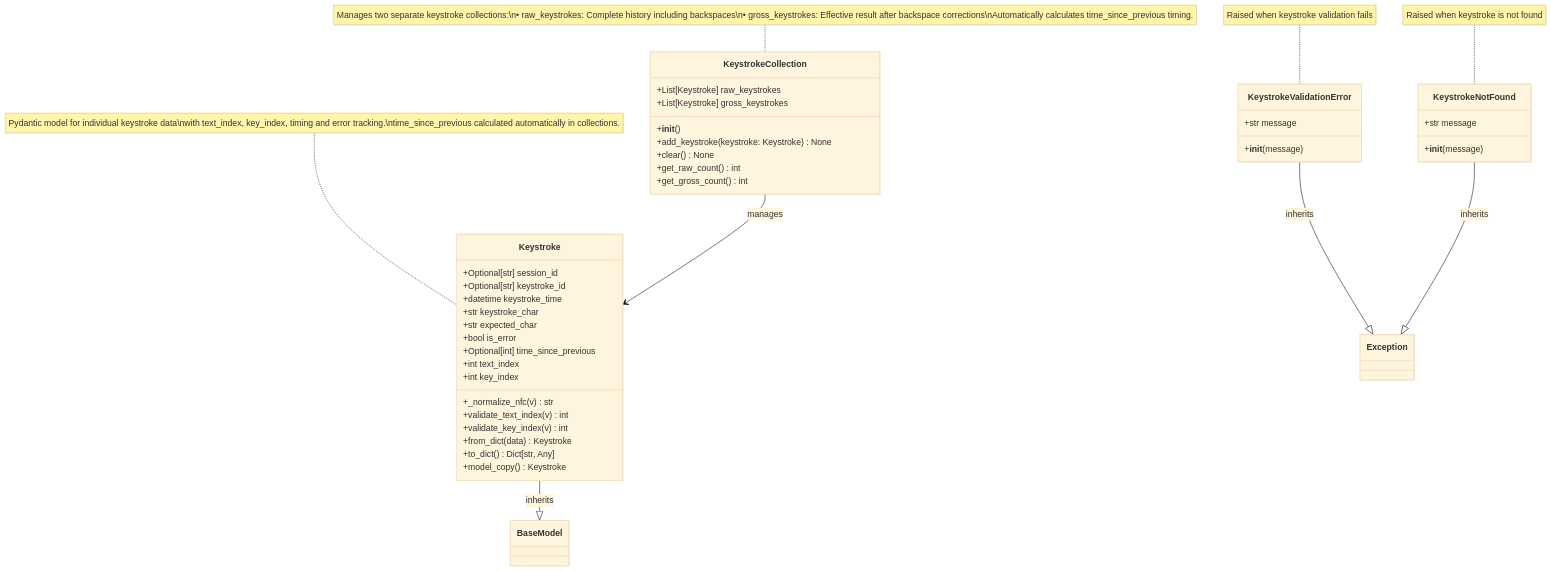
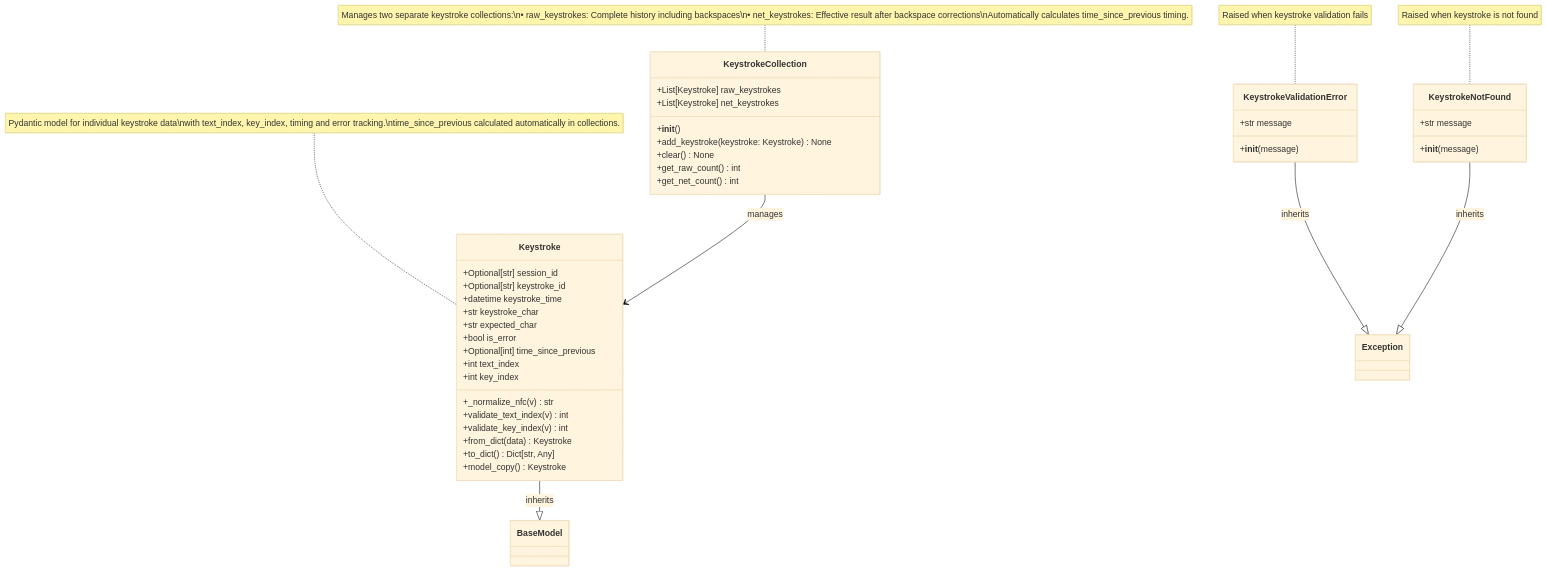
The diagram in ClassDiagrams/keystroke.md (SeanAdams10/AITypingTrainer), drawn with Mermaid (base theme) before and after one commit. The commit also changed other lines of this file and 11 other files, not shown here.

Commit message:
fixes to keystrokes now complete - still need to clean up the tests though

````diff
--- a/ClassDiagrams/keystroke.md
+++ b/ClassDiagrams/keystroke.md
@@ -3,50 +3,50 @@
 ```mermaid
 classDiagram
     class Keystroke {
         +Optional[str] session_id
         +Optional[str] keystroke_id
         +datetime keystroke_time
         +str keystroke_char
         +str expected_char
         +bool is_error
         +Optional[int] time_since_previous
         +int text_index
         +int key_index
         +_normalize_nfc(v) str
         +validate_text_index(v) int
         +validate_key_index(v) int
         +from_dict(data) Keystroke
         +to_dict() Dict[str, Any]
         +model_copy() Keystroke
     }
 
     class KeystrokeCollection {
         +List[Keystroke] raw_keystrokes
-        +List[Keystroke] gross_keystrokes
+        +List[Keystroke] net_keystrokes
         +__init__()
         +add_keystroke(keystroke: Keystroke) None
         +clear() None
         +get_raw_count() int
-        +get_gross_count() int
+        +get_net_count() int
     }
 
     class KeystrokeValidationError {
         +str message
         +__init__(message)
     }
 
     class KeystrokeNotFound {
         +str message
         +__init__(message)
     }
 
     Keystroke --|> BaseModel : inherits
     KeystrokeCollection --> Keystroke : manages
     KeystrokeValidationError --|> Exception : inherits
     KeystrokeNotFound --|> Exception : inherits
 
     note for Keystroke "Pydantic model for individual keystroke data\nwith text_index, key_index, timing and error tracking.\ntime_since_previous calculated automatically in collections."
-    note for KeystrokeCollection "Manages two separate keystroke collections:\n• raw_keystrokes: Complete history including backspaces\n• gross_keystrokes: Effective result after backspace corrections\nAutomatically calculates time_since_previous timing."
+    note for KeystrokeCollection "Manages two separate keystroke collections:\n• raw_keystrokes: Complete history including backspaces\n• net_keystrokes: Effective result after backspace corrections\nAutomatically calculates time_since_previous timing."
     note for KeystrokeValidationError "Raised when keystroke validation fails"
     note for KeystrokeNotFound "Raised when keystroke is not found"
 ```
````
